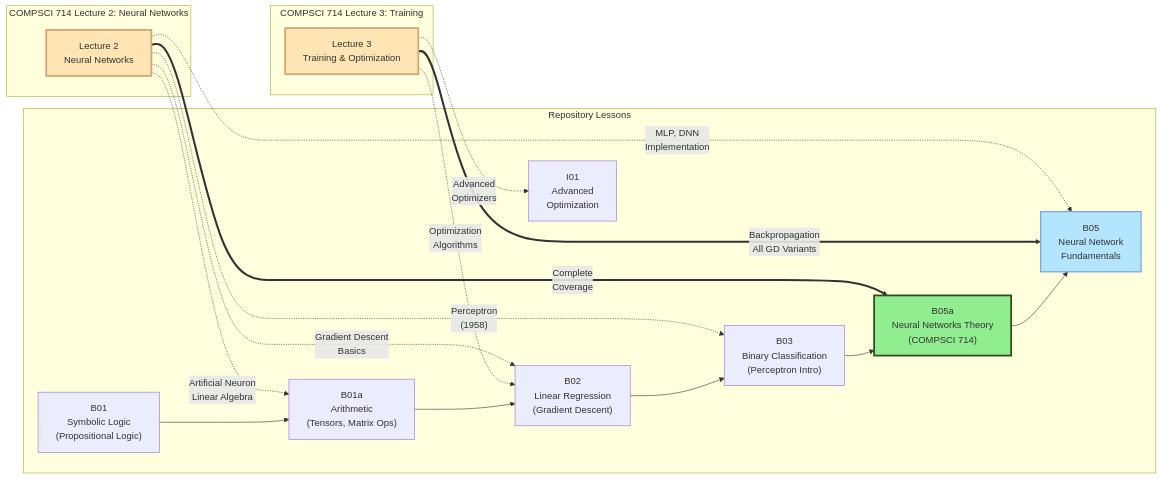
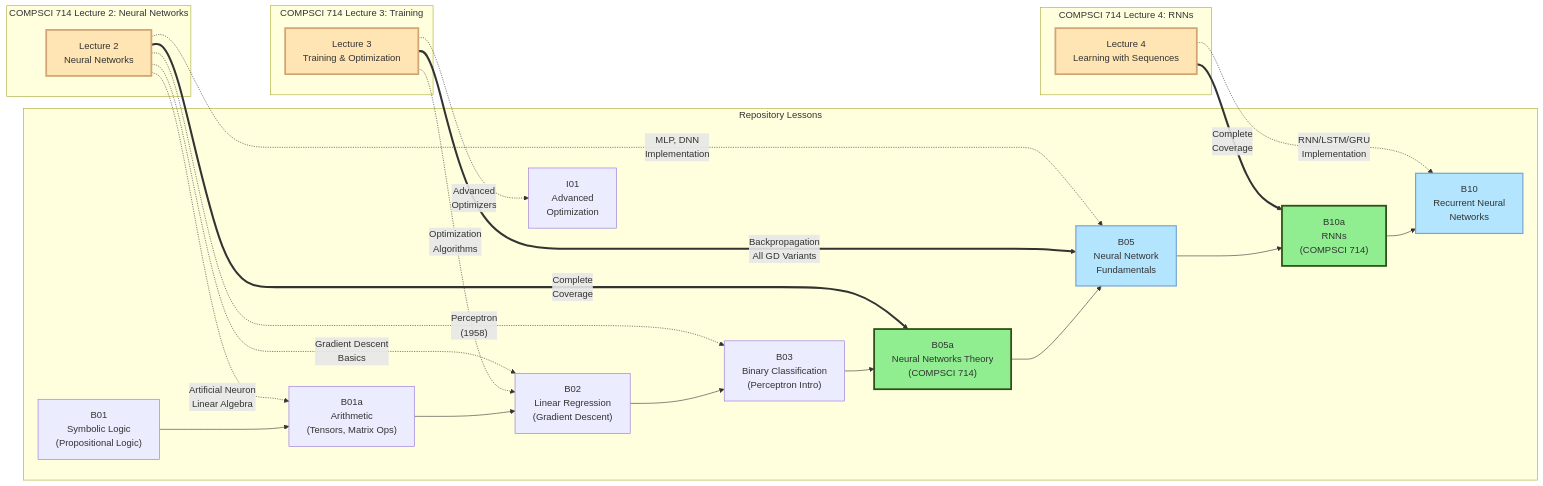
Before and after one commit to nexageapps/AI: the first of 11 diagrams in Basic/README.md, drawn with Mermaid. The commit also changed other lines of this file and 28 other files, not shown here.

````diff
--- a/Basic/README.md
+++ b/Basic/README.md
@@ -61,37 +61,50 @@
 ```mermaid
 graph LR
     subgraph "COMPSCI 714 Lecture 2: Neural Networks"
         L2["Lecture 2<br/>Neural Networks"]
     end
     
     subgraph "COMPSCI 714 Lecture 3: Training"
         L3["Lecture 3<br/>Training & Optimization"]
     end
     
+    subgraph "COMPSCI 714 Lecture 4: RNNs"
+        L4["Lecture 4<br/>Learning with Sequences"]
+    end
+    
     subgraph "Repository Lessons"
         B01["B01<br/>Symbolic Logic<br/>(Propositional Logic)"]
         B01a["B01a<br/>Arithmetic<br/>(Tensors, Matrix Ops)"]
         B02["B02<br/>Linear Regression<br/>(Gradient Descent)"]
         B03["B03<br/>Binary Classification<br/>(Perceptron Intro)"]
         B05a["B05a<br/>Neural Networks Theory<br/>(COMPSCI 714)"]
         B05["B05<br/>Neural Network<br/>Fundamentals"]
+        B10a["B10a<br/>RNNs<br/>(COMPSCI 714)"]
+        B10["B10<br/>Recurrent Neural<br/>Networks"]
         I01["I01<br/>Advanced<br/>Optimization"]
     end
     
     L2 -.->|"Artificial Neuron<br/>Linear Algebra"| B01a
     L2 -.->|"Gradient Descent<br/>Basics"| B02
     L2 -.->|"Perceptron<br/>(1958)"| B03
     L2 ==>|"Complete<br/>Coverage"| B05a
     L2 -.->|"MLP, DNN<br/>Implementation"| B05
     
     L3 -.->|"Optimization<br/>Algorithms"| B02
     L3 ==>|"Backpropagation<br/>All GD Variants"| B05
     L3 -.->|"Advanced<br/>Optimizers"| I01
     
+    L4 ==>|"Complete<br/>Coverage"| B10a
+    L4 -.->|"RNN/LSTM/GRU<br/>Implementation"| B10
+    
     B01 --> B01a --> B02 --> B03 --> B05a --> B05
+    B05 --> B10a --> B10
     
     style L2 fill:#FFE5B4,stroke:#D4A574,stroke-width:3px
     style L3 fill:#FFE5B4,stroke:#D4A574,stroke-width:3px
+    style L4 fill:#FFE5B4,stroke:#D4A574,stroke-width:3px
     style B05a fill:#90EE90,stroke:#2d5016,stroke-width:3px
+    style B10a fill:#90EE90,stroke:#2d5016,stroke-width:3px
     style B05 fill:#B4E5FF,stroke:#74A5D4,stroke-width:2px
+    style B10 fill:#B4E5FF,stroke:#74A5D4,stroke-width:2px
 ```
````
